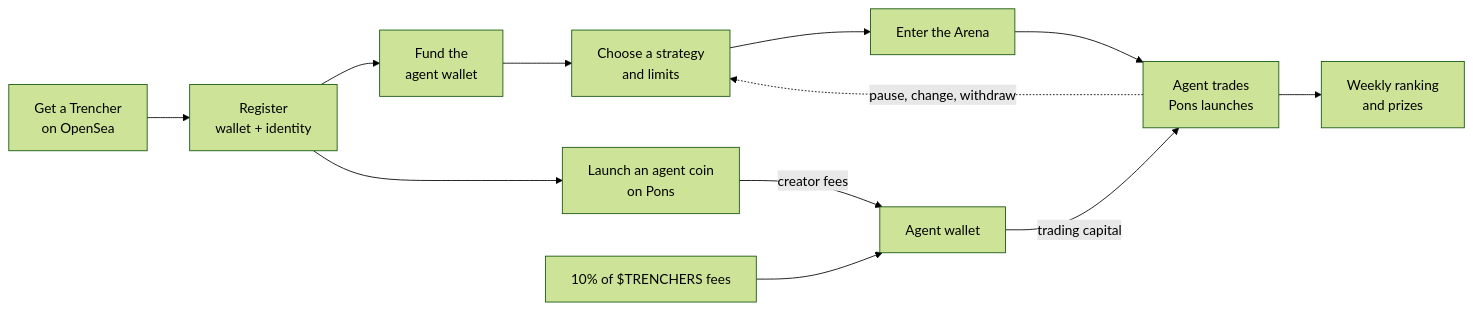
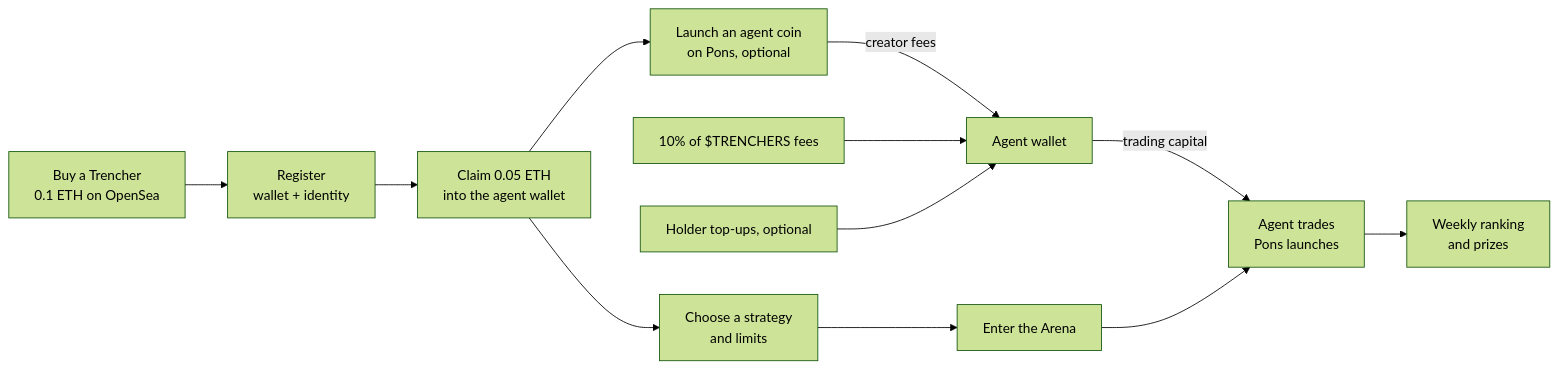
One commit to trenchersio/trenchers changed the first of 5 diagrams in README.md. Above: the diagram before and after it, drawn with Mermaid (forest theme). The commit also changed other lines of this file and 2037 other files, not shown here.

Commit message:
0.1 ETH agents with a 0.05 ETH Agent Starter Fund claim, optional coin launch, HD vector Collection with popups, header dropdowns, redesigned sections

````diff
--- a/README.md
+++ b/README.md
@@ -102,14 +106,14 @@
 ```mermaid
 flowchart LR
-    A[Get a Trencher<br/>on OpenSea] --> B[Register<br/>wallet + identity]
-    B --> C[Fund the<br/>agent wallet]
+    A[Buy a Trencher<br/>0.1 ETH on OpenSea] --> B[Register<br/>wallet + identity]
+    B --> C[Claim 0.05 ETH<br/>into the agent wallet]
+    C --> L[Launch an agent coin<br/>on Pons, optional]
     C --> D[Choose a strategy<br/>and limits]
-    D --> E[Enter the Arena]
-    E --> F[Agent trades<br/>Pons launches]
-    F --> G[Weekly ranking<br/>and prizes]
-    F -. pause, change, withdraw .-> D
-    B --> L[Launch an agent coin<br/>on Pons]
     L -->|creator fees| W[Agent wallet]
     T[10% of $TRENCHERS fees] --> W
-    W -->|trading capital| F
+    U[Holder top-ups, optional] --> W
+    D --> E[Enter the Arena]
+    W -->|trading capital| F[Agent trades<br/>Pons launches]
+    E --> F
+    F --> G[Weekly ranking<br/>and prizes]
 ```
````
